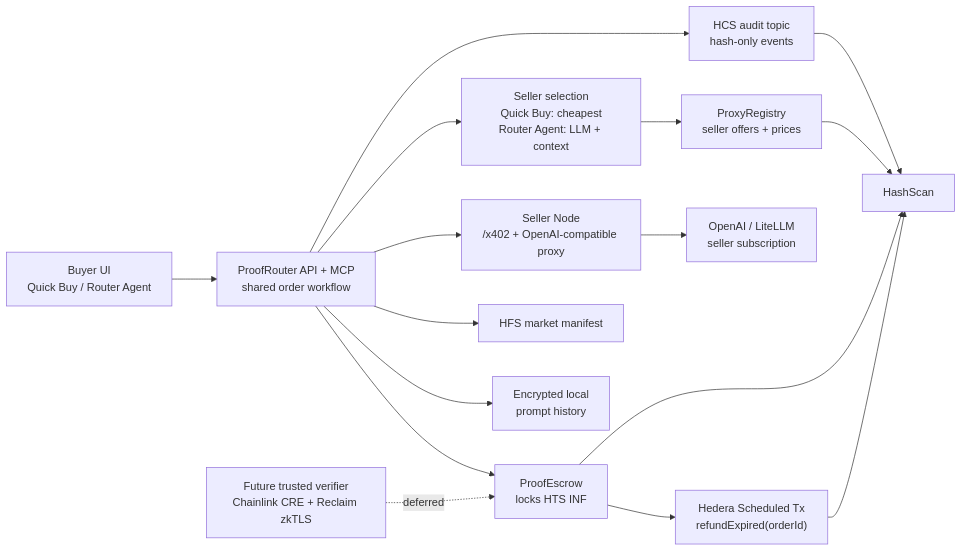
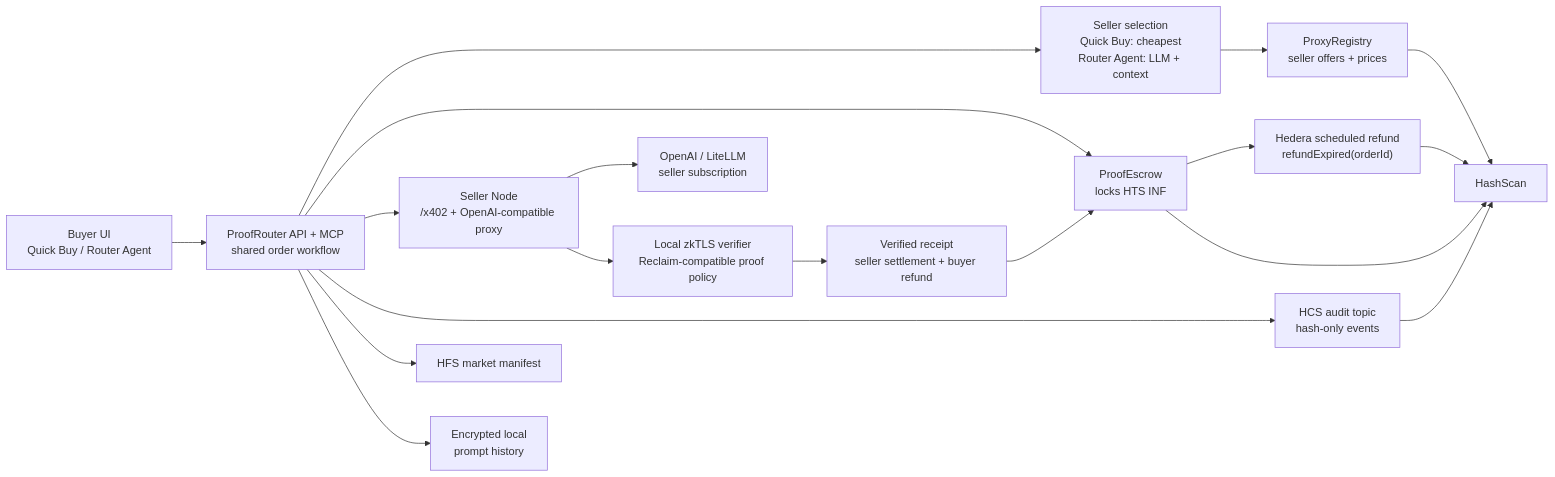
One commit to kirilligum/0-wAIst-hack-ethglobal-nyc-26 changed the first of 2 diagrams in README.md. Above: the diagram before and after it, drawn with Mermaid. The commit also changed other lines of this file and 1 other file, not shown here.

Commit message:
feat: Update README for local demo clarity

````diff
--- a/README.md
+++ b/README.md
@@ -41,18 +16,20 @@
 ```mermaid
 flowchart LR
     Buyer["Buyer UI<br/>Quick Buy / Router Agent"] --> Router["ProofRouter API + MCP<br/>shared order workflow"]
     Router --> Selector["Seller selection<br/>Quick Buy: cheapest<br/>Router Agent: LLM + context"]
     Selector --> Registry["ProxyRegistry<br/>seller offers + prices"]
     Router --> Escrow["ProofEscrow<br/>locks HTS INF"]
-    Escrow --> Refund["Hedera Scheduled Tx<br/>refundExpired(orderId)"]
+    Escrow --> Refund["Hedera scheduled refund<br/>refundExpired(orderId)"]
     Router --> Seller["Seller Node<br/>/x402 + OpenAI-compatible proxy"]
     Seller --> Upstream["OpenAI / LiteLLM<br/>seller subscription"]
+    Seller --> Proof["Local zkTLS verifier<br/>Reclaim-compatible proof policy"]
+    Proof --> Settlement["Verified receipt<br/>seller settlement + buyer refund"]
+    Settlement --> Escrow
     Router --> Audit["HCS audit topic<br/>hash-only events"]
     Router --> Manifest["HFS market manifest"]
     Router --> History["Encrypted local<br/>prompt history"]
     Audit --> HashScan["HashScan"]
     Registry --> HashScan
     Escrow --> HashScan
     Refund --> HashScan
-    CRE["Future trusted verifier<br/>Chainlink CRE + Reclaim zkTLS"] -. deferred .-> Escrow
 ```
````
